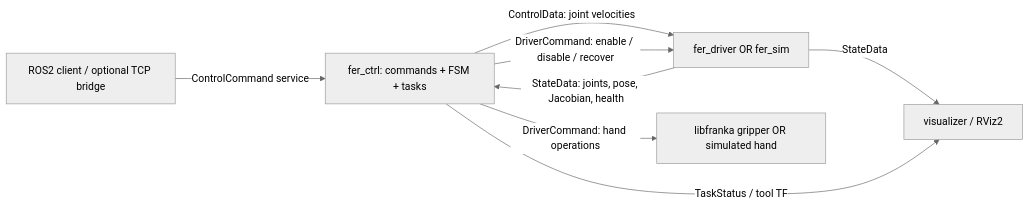
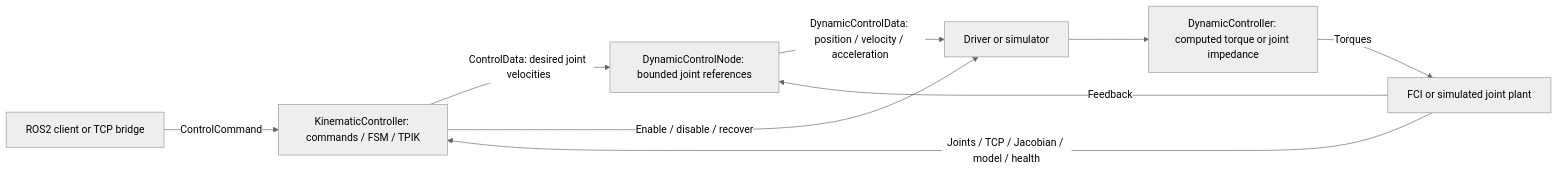
One commit to GRAAL-Lab/franka_control changed the first of 2 diagrams in docs/architecture.md. Above: the diagram before and after it, drawn with Mermaid (neutral theme). The commit also changed other lines of this file and 112 other files, not shown here.

First line of the commit message:
Add Franka driver and gripper implementations with dynamic control and state management

````diff
--- a/docs/architecture.md
+++ b/docs/architecture.md
@@ -16,10 +21,11 @@
 ```mermaid
 flowchart LR
-  operator[ROS2 client / optional TCP bridge] -->|ControlCommand service| ctrl[fer_ctrl: commands + FSM + tasks]
-  ctrl -->|ControlData: joint velocities| backend[fer_driver OR fer_sim]
-  backend -->|StateData: joints, pose, Jacobian, health| ctrl
-  ctrl -->|DriverCommand: enable / disable / recover| backend
-  ctrl -->|DriverCommand: hand operations| hand[libfranka gripper OR simulated hand]
-  backend -->|StateData| view[visualizer / RViz2]
-  ctrl -->|TaskStatus / tool TF| view
+  operator[ROS2 client or TCP bridge] -->|ControlCommand| kcl[KinematicController: commands / FSM / TPIK]
+  kcl -->|ControlData: desired joint velocities| dcl[DynamicControlNode: bounded joint references]
+  dcl -->|DynamicControlData: position / velocity / acceleration| backend[Driver or simulator]
+  backend --> dynamics[DynamicController: computed torque or joint impedance]
+  dynamics -->|Torques| robot[FCI or simulated joint plant]
+  robot -->|Joints / TCP / Jacobian / model / health| kcl
+  robot -->|Feedback| dcl
+  kcl -->|Enable / disable / recover| backend
 ```
````
